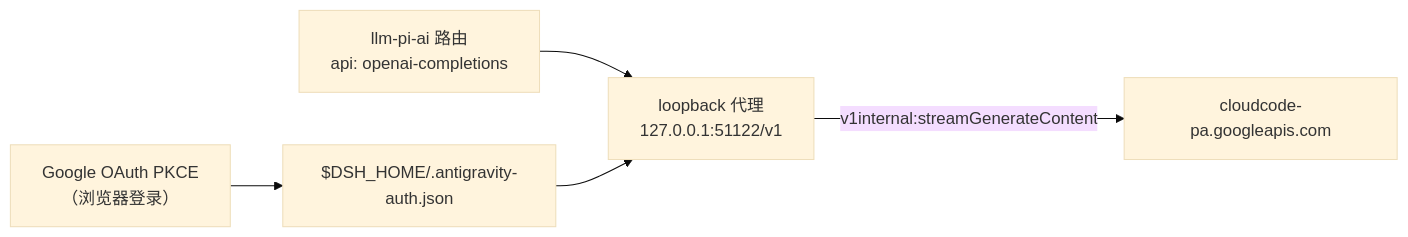
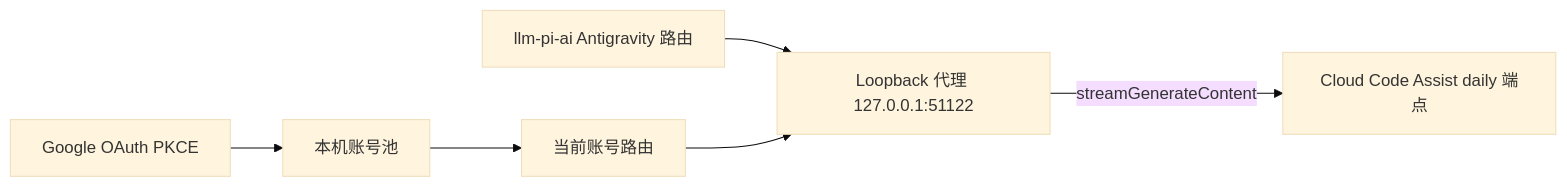
Before and after one commit to shaomingbo/dsh-subscription-antigravity: the diagram in README.zh.md, drawn with Mermaid (base theme). The commit also changed other lines of this file and 18 other files, not shown here.

````diff
--- a/README.zh.md
+++ b/README.zh.md
@@ -82,7 +88,8 @@
 ```mermaid
 flowchart LR
-    A["llm-pi-ai 路由<br/>api: openai-completions"] --> B["loopback 代理<br/>127.0.0.1:51122/v1"]
-    B -->|"v1internal:streamGenerateContent"| C["cloudcode-pa.googleapis.com"]
-    D["Google OAuth PKCE<br/>（浏览器登录）"] --> E["$DSH_HOME/.antigravity-auth.json"]
-    E --> B
+    A["llm-pi-ai Antigravity 路由"] --> B["Loopback 代理 127.0.0.1:51122"]
+    B -->|streamGenerateContent| C["Cloud Code Assist daily 端点"]
+    D["Google OAuth PKCE"] --> E["本机账号池"]
+    E --> F["当前账号路由"]
+    F --> B
 ```
````
